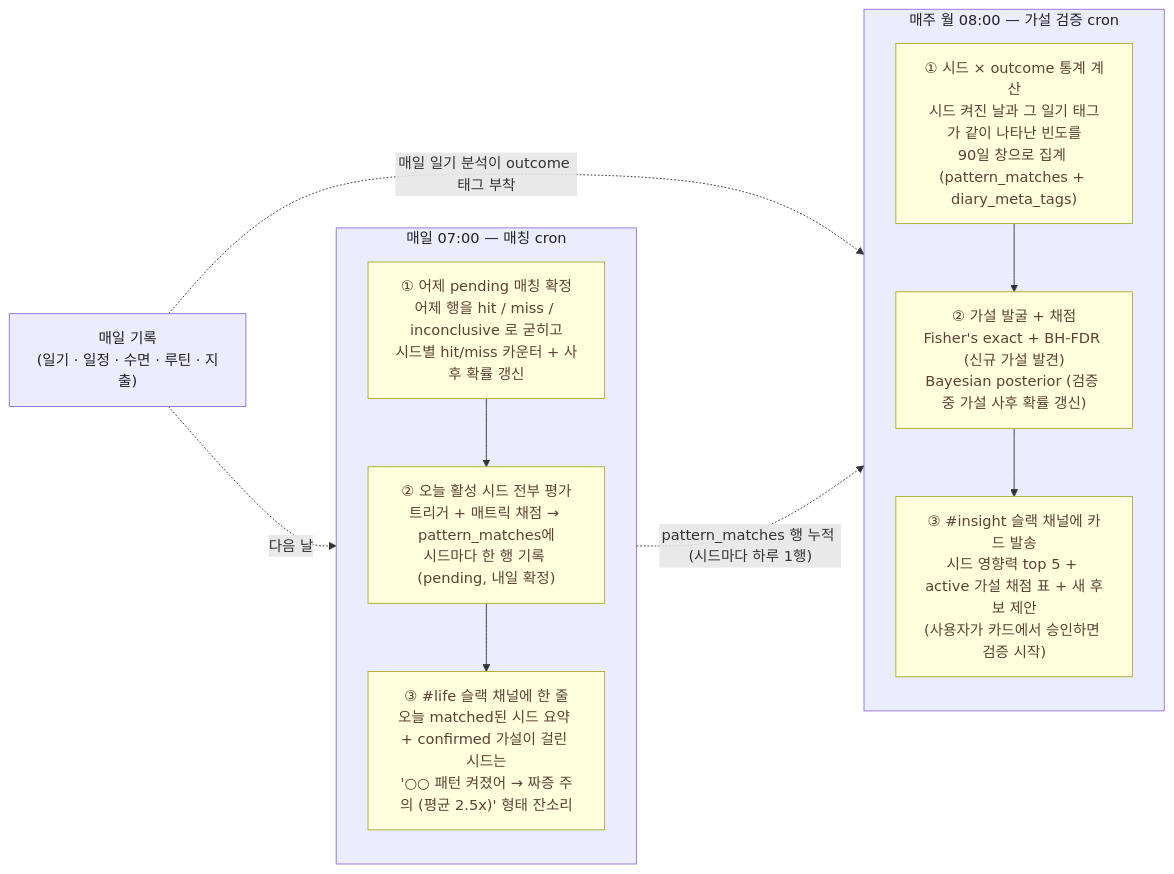
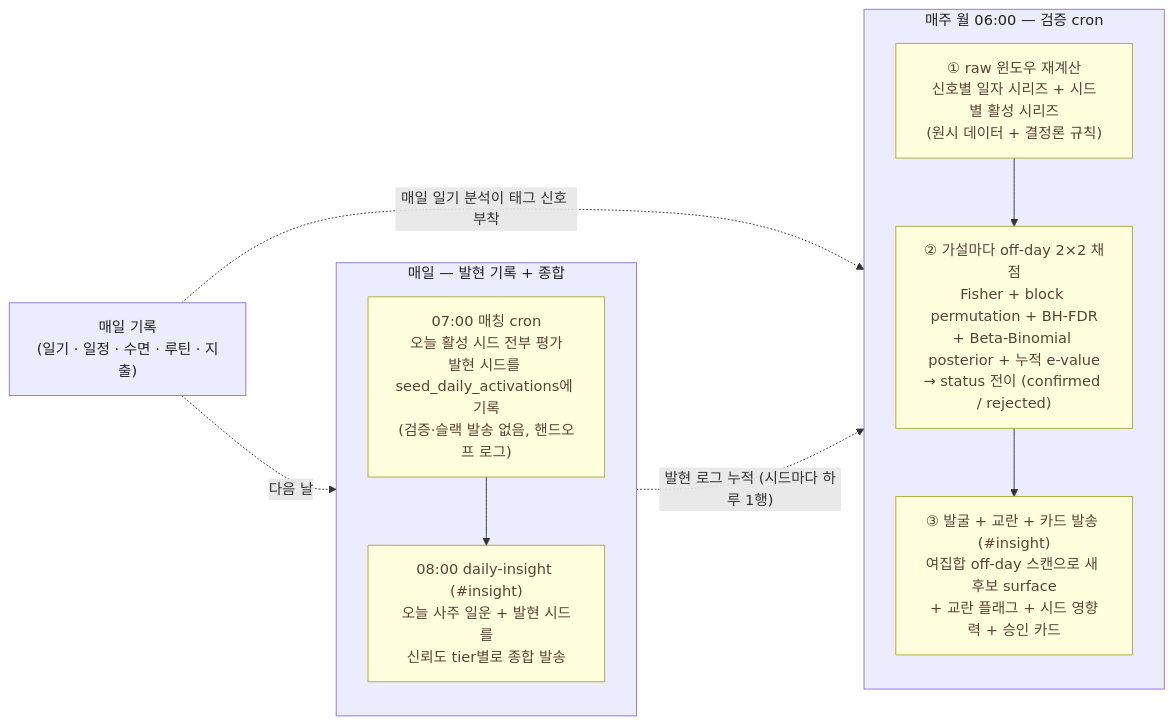
The first of 8 diagrams in docs/explainers/insight-v2.md (hyewon3938/slack-ai-agents), drawn with Mermaid before and after one commit. The commit also changed other lines of this file, not shown here.

First line of the commit message:
docs(insight): explainer v2 메인을 #477 검증 재설계에 맞춰 재작성

````diff
--- a/docs/explainers/insight-v2.md
+++ b/docs/explainers/insight-v2.md
@@ -96,30 +98,29 @@
 ```mermaid
 flowchart LR
   REC["매일 기록<br/>(일기 · 일정 · 수면 · 루틴 · 지출)"]
 
-  subgraph DAILY["매일 07:00 — 매칭 cron"]
+  subgraph DAILY["매일 — 발현 기록 + 종합"]
     direction TB
-    D1["① 어제 pending 매칭 확정<br/>어제 행을 hit / miss / inconclusive 로 굳히고<br/>시드별 hit/miss 카운터 + 사후 확률 갱신"]
-    D2["② 오늘 활성 시드 전부 평가<br/>트리거 + 매트릭 채점 → pattern_matches에<br/>시드마다 한 행 기록 (pending, 내일 확정)"]
-    D3["③ #life 슬랙 채널에 한 줄<br/>오늘 matched된 시드 요약 + confirmed 가설이 걸린 시드는<br/>'○○ 패턴 켜졌어 → 짜증 주의 (평균 2.5x)' 형태 잔소리"]
-    D1 --> D2 --> D3
+    D1["07:00 매칭 cron<br/>오늘 활성 시드 전부 평가<br/>발현 시드를 seed_daily_activations에 기록<br/>(검증·슬랙 발송 없음, 핸드오프 로그)"]
+    D2["08:00 daily-insight (#insight)<br/>오늘 사주 일운 + 발현 시드를<br/>신뢰도 tier별로 종합 발송"]
+    D1 --> D2
   end
 
-  subgraph WEEKLY["매주 월 08:00 — 가설 검증 cron"]
+  subgraph WEEKLY["매주 월 06:00 — 검증 cron"]
     direction TB
-    W1["① 시드 × outcome 통계 계산<br/>시드 켜진 날과 그 일기 태그가 같이 나타난 빈도를<br/>90일 창으로 집계 (pattern_matches + diary_meta_tags)"]
-    W2["② 가설 발굴 + 채점<br/>Fisher's exact + BH-FDR (신규 가설 발견)<br/>Bayesian posterior (검증 중 가설 사후 확률 갱신)"]
-    W3["③ #insight 슬랙 채널에 카드 발송<br/>시드 영향력 top 5 + active 가설 채점 표 + 새 후보 제안<br/>(사용자가 카드에서 승인하면 검증 시작)"]
+    W1["① raw 윈도우 재계산<br/>신호별 일자 시리즈 + 시드별 활성 시리즈<br/>(원시 데이터 + 결정론 규칙)"]
+    W2["② 가설마다 off-day 2×2 채점<br/>Fisher + block permutation + BH-FDR<br/>+ Beta-Binomial posterior + 누적 e-value<br/>→ status 전이 (confirmed / rejected)"]
+    W3["③ 발굴 + 교란 + 카드 발송 (#insight)<br/>여집합 off-day 스캔으로 새 후보 surface<br/>+ 교란 플래그 + 시드 영향력 + 승인 카드"]
     W1 --> W2 --> W3
   end
 
-  REC -. 매일 일기 분석이 outcome 태그 부착 .-> WEEKLY
+  REC -. 매일 일기 분석이 태그 신호 부착 .-> WEEKLY
   REC -. 다음 날 .-> DAILY
-  DAILY -. "pattern_matches 행 누적 (시드마다 하루 1행)" .-> WEEKLY
+  DAILY -. "발현 로그 누적 (시드마다 하루 1행)" .-> WEEKLY
 
   classDef flowBox fill:#ECECFF,stroke:#9370DB,color:#212121
   classDef flowInner fill:#FFFFDE,stroke:#aaaa33,color:#5d4037
   class REC flowBox
   class DAILY,WEEKLY flowBox
-  class D1,D2,D3,W1,W2,W3 flowInner
+  class D1,D2,W1,W2,W3 flowInner
 ```
````
